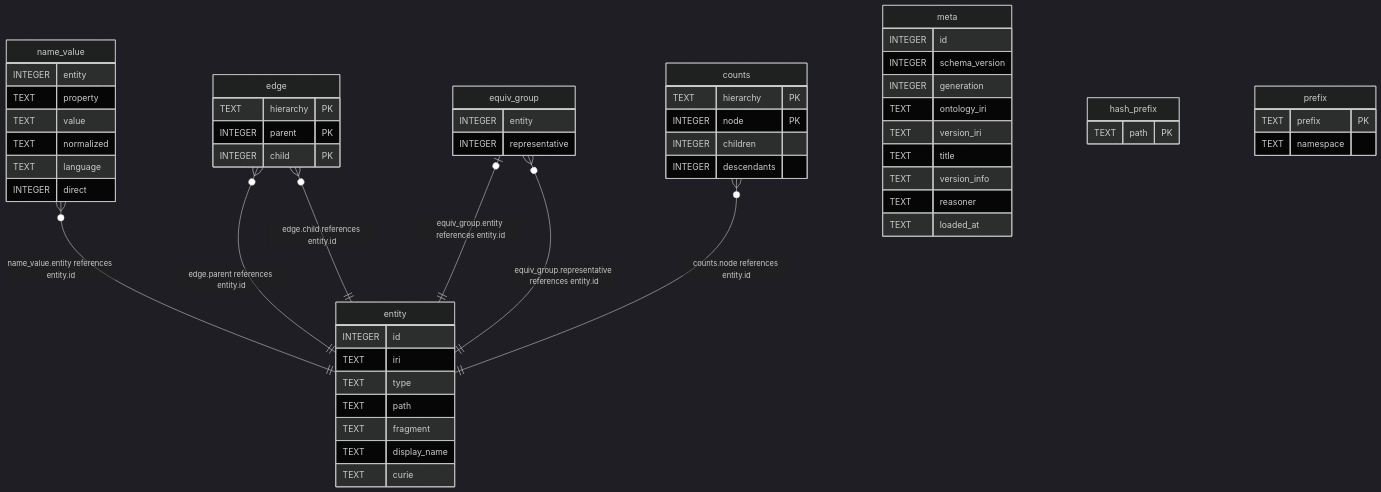
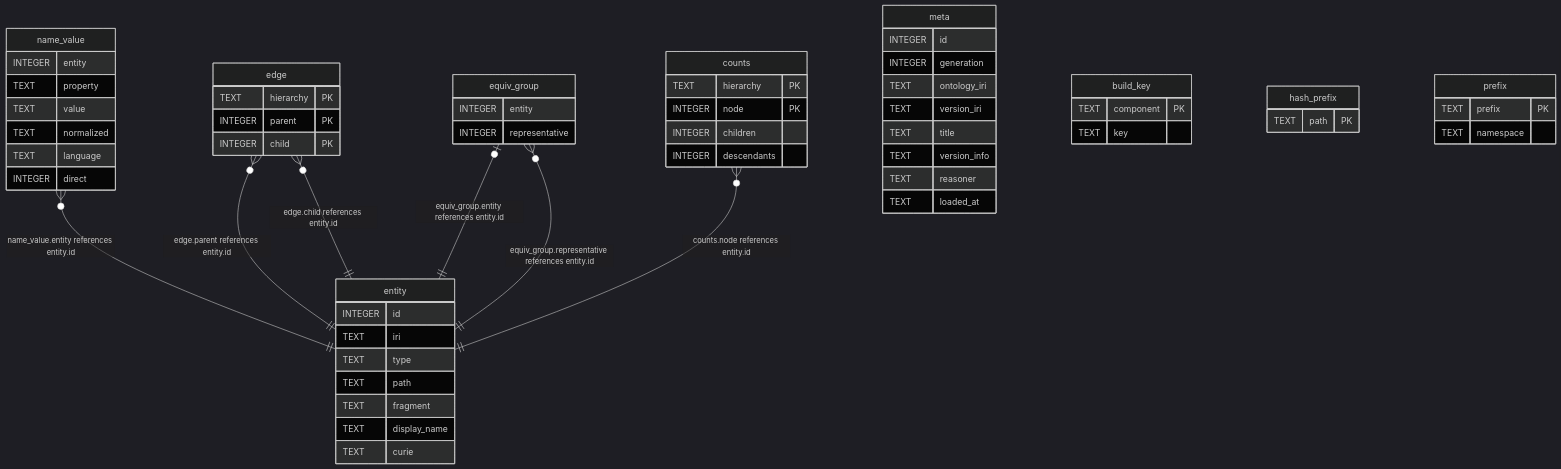
Before and after one commit to jclerman/browl: the diagram in docs/schema/derived/README.md, drawn with Mermaid (dark theme). The commit also changed other lines of this file and 21 other files, not shown here.

````diff
--- a/docs/schema/derived/README.md
+++ b/docs/schema/derived/README.md
@@ -25,61 +26,64 @@
 ```mermaid
 erDiagram
 
 "name_value" }o--|| "entity" : "name_value.entity references entity.id"
 "edge" }o--|| "entity" : "edge.parent references entity.id"
 "edge" }o--|| "entity" : "edge.child references entity.id"
 "equiv_group" |o--|| "entity" : "equiv_group.entity references entity.id"
 "equiv_group" }o--|| "entity" : "equiv_group.representative references entity.id"
 "counts" }o--|| "entity" : "counts.node references entity.id"
 
 "meta" {
   INTEGER id
-  INTEGER schema_version
   INTEGER generation
   TEXT ontology_iri
   TEXT version_iri
   TEXT title
   TEXT version_info
   TEXT reasoner
   TEXT loaded_at
+}
+"build_key" {
+  TEXT component PK
+  TEXT key
 }
 "entity" {
   INTEGER id
   TEXT iri
   TEXT type
   TEXT path
   TEXT fragment
   TEXT display_name
   TEXT curie
 }
 "name_value" {
   INTEGER entity
   TEXT property
   TEXT value
   TEXT normalized
   TEXT language
   INTEGER direct
 }
 "edge" {
   TEXT hierarchy PK
   INTEGER parent PK
   INTEGER child PK
 }
 "equiv_group" {
   INTEGER entity
   INTEGER representative
 }
 "counts" {
   TEXT hierarchy PK
   INTEGER node PK
   INTEGER children
   INTEGER descendants
 }
 "hash_prefix" {
   TEXT path PK
 }
 "prefix" {
   TEXT prefix PK
   TEXT namespace
 }
 ```
````
